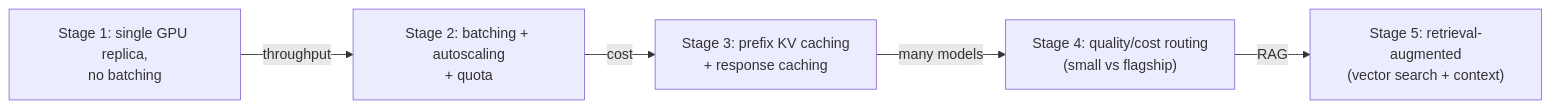
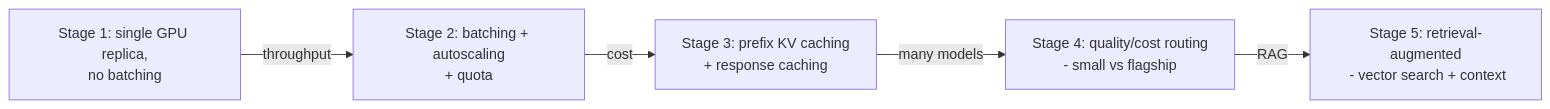
The fourth of 4 diagrams in case-studies/extreme/llm-inference.md (RIT-MESH/system-design-mastery), drawn with Mermaid before and after one commit. The commit also changed other lines of this file and 139 other files, not shown here.

First line of the commit message:
Fix Mermaid parse errors: replace parentheses in node labels across 140 files

````diff
--- a/case-studies/extreme/llm-inference.md
+++ b/case-studies/extreme/llm-inference.md
@@ -208,9 +208,9 @@
 ```mermaid
 %% created-for: system-design-mastery
 flowchart LR
   S1["Stage 1: single GPU replica,<br/>no batching"]
   S1 -->|"throughput"| S2["Stage 2: batching + autoscaling<br/>+ quota"]
   S2 -->|"cost"| S3["Stage 3: prefix KV caching<br/>+ response caching"]
-  S3 -->|"many models"| S4["Stage 4: quality/cost routing<br/>(small vs flagship)"]
-  S4 -->|"RAG"| S5["Stage 5: retrieval-augmented<br/>(vector search + context)"]
+  S3 -->|"many models"| S4["Stage 4: quality/cost routing<br/> - small vs flagship"]
+  S4 -->|"RAG"| S5["Stage 5: retrieval-augmented<br/> - vector search + context"]
 ```
````
